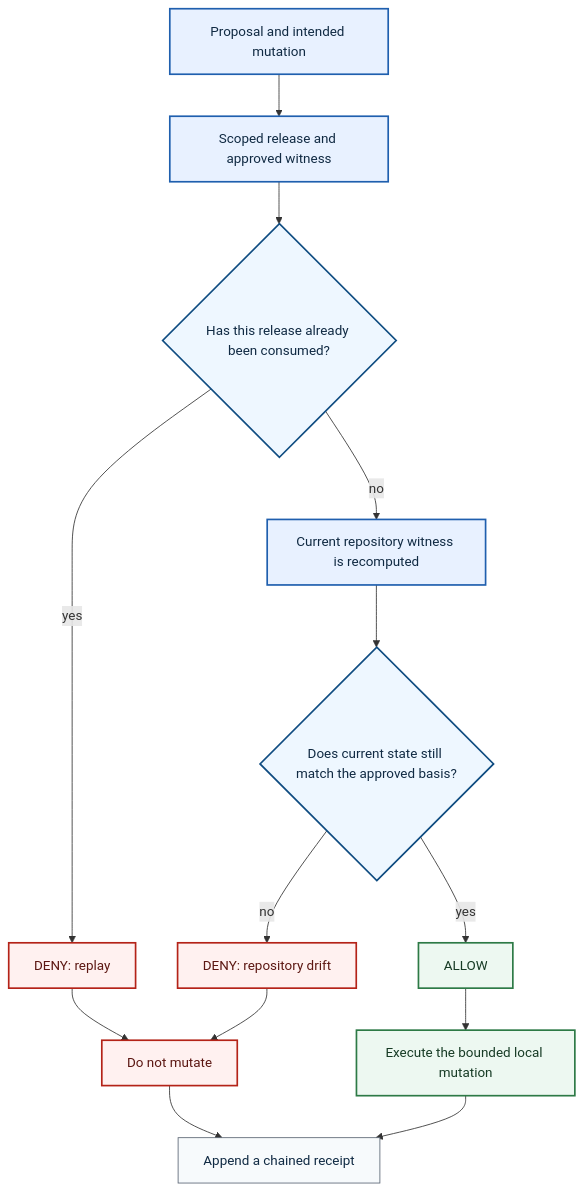
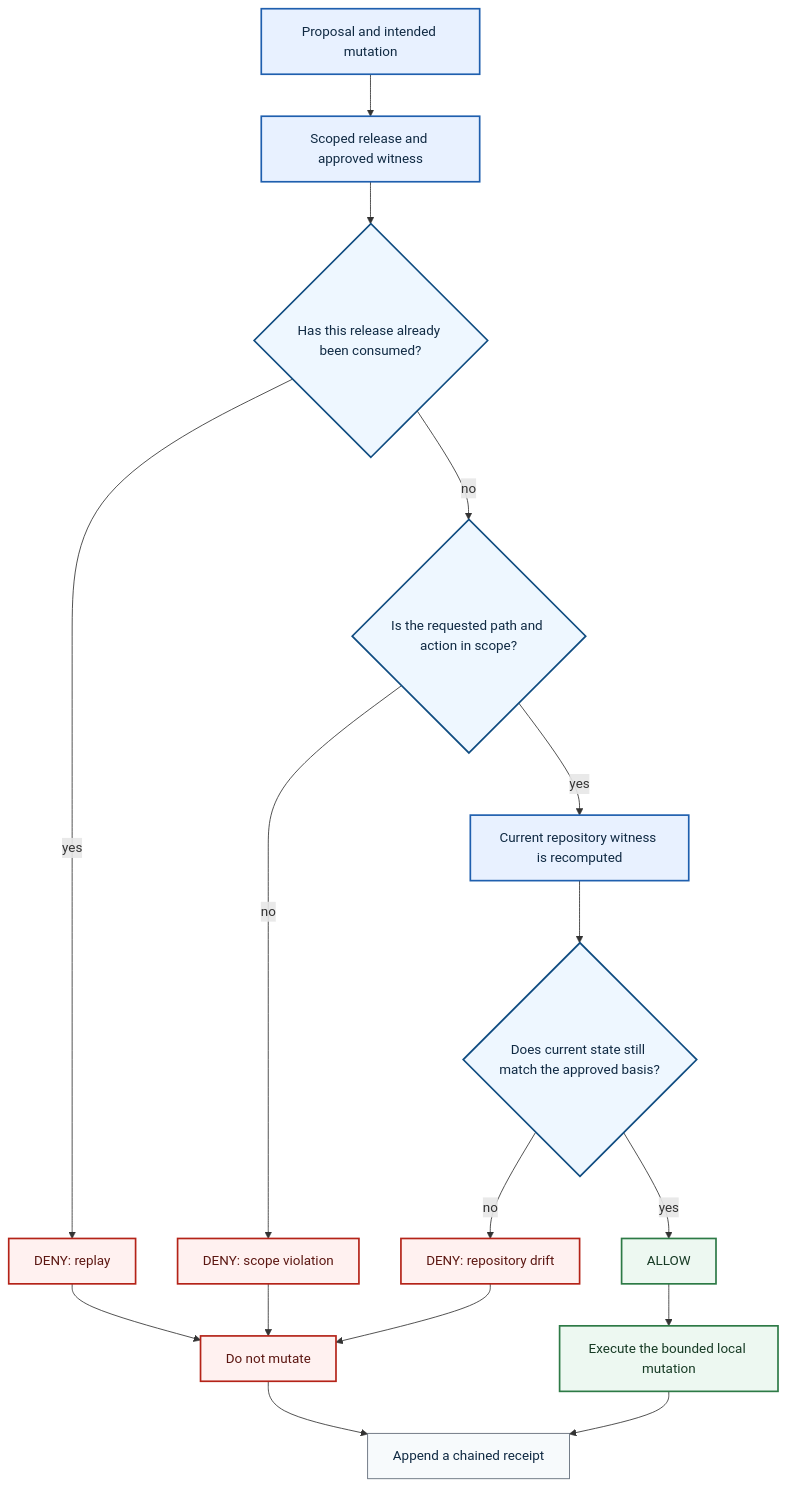
The diagram in README.md (DETERMAai/determa-governed-execution-demo), drawn with Mermaid before and after one commit. The commit also changed other lines of this file, not shown here.

Commit message:
docs: include scope check and receipt every decision path

````diff
--- a/README.md
+++ b/README.md
@@ -30,31 +30,35 @@
 ```mermaid
 flowchart TB
     A[Proposal and intended mutation]
     B[Scoped release and approved witness]
     G{Has this release already been consumed?}
     H[DENY: replay]
+    S{Is the requested path and action in scope?}
+    T[DENY: scope violation]
     C[Current repository witness is recomputed]
     D{Does current state still match the approved basis?}
     E[ALLOW]
     F[DENY: repository drift]
     I[Execute the bounded local mutation]
     J[Do not mutate]
     K[Append a chained receipt]
 
     A --> B --> G
     G -->|yes| H --> J --> K
-    G -->|no| C --> D
+    G -->|no| S
+    S -->|no| T --> J
+    S -->|yes| C --> D
     D -->|yes| E --> I --> K
     D -->|no| F --> J
 
     classDef input fill:#e8f1ff,stroke:#1f5fae,color:#102a43,stroke-width:2px;
     classDef gate fill:#eef7ff,stroke:#0f4c81,color:#102a43,stroke-width:2px;
     classDef allow fill:#edf8f1,stroke:#2d7a46,color:#173b25,stroke-width:2px;
     classDef deny fill:#fff1f0,stroke:#b42318,color:#5c1712,stroke-width:2px;
     classDef evidence fill:#f7fafc,stroke:#5b6573,color:#102a43;
     class A,B,C input;
-    class D,G gate;
+    class D,G,S gate;
     class E,I allow;
-    class F,H,J deny;
+    class F,H,T,J deny;
     class K evidence;
 ```
````
